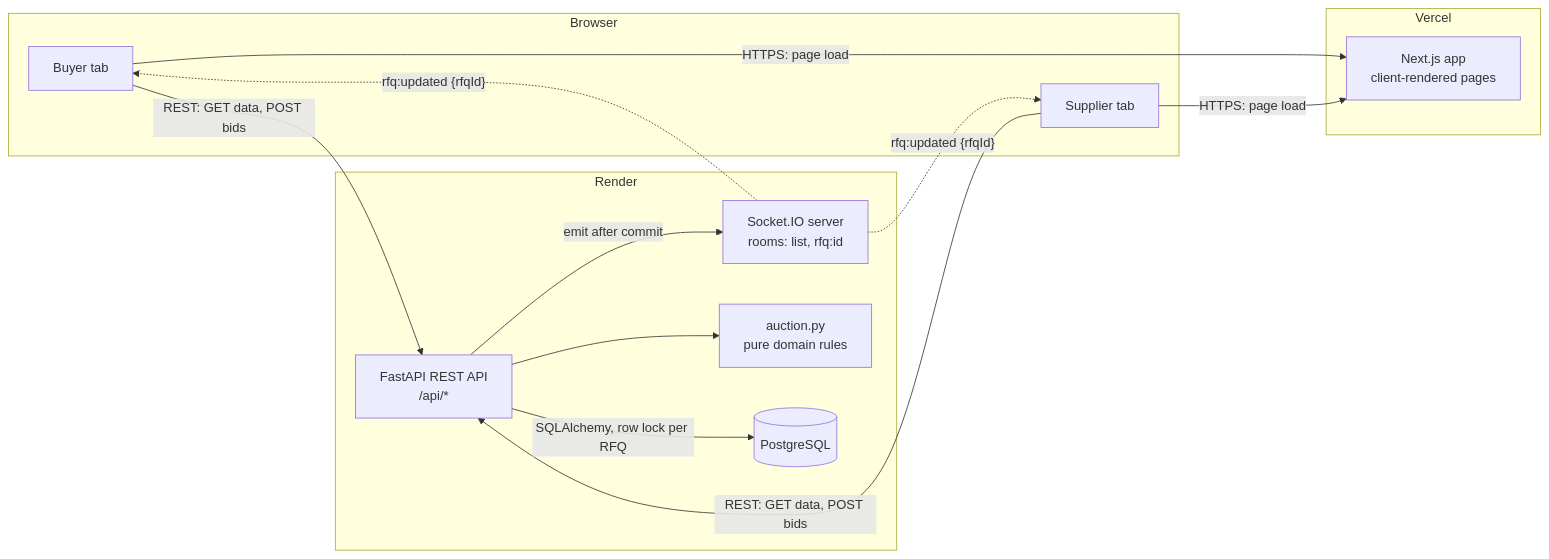
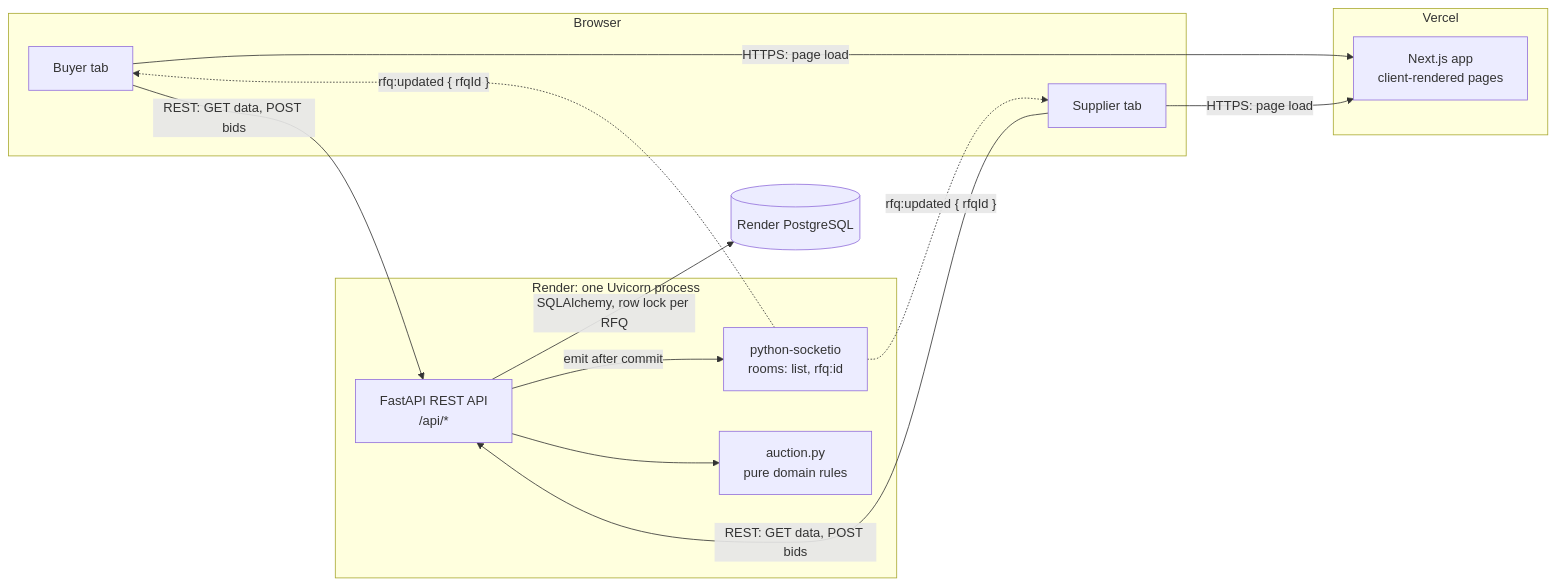
One commit to Ipsita-Mondal-30/british-auction changed the first of 9 diagrams in docs/HLD.md. Above: the diagram before and after it, drawn with Mermaid. The commit also changed other lines of this file and 8 other files, not shown here.

````diff
--- a/docs/HLD.md
+++ b/docs/HLD.md
@@ -9,25 +88,26 @@
 ```mermaid
 flowchart LR
     subgraph Browser
         B[Buyer tab]
         S[Supplier tab]
     end
 
     subgraph Vercel
-        FE[Next.js app<br/>client-rendered pages]
+        FE["Next.js app<br/>client-rendered pages"]
     end
 
-    subgraph Render
-        API[FastAPI REST API<br/>/api/*]
-        WS[Socket.IO server<br/>rooms: list, rfq:id]
-        DOM[auction.py<br/>pure domain rules]
-        DB[(PostgreSQL)]
+    subgraph Render["Render: one Uvicorn process"]
+        API["FastAPI REST API<br/>/api/*"]
+        WS["python-socketio<br/>rooms: list, rfq:id"]
+        DOM["auction.py<br/>pure domain rules"]
     end
 
-    B & S -- HTTPS: page load --> FE
-    B & S -- REST: GET data, POST bids --> API
-    WS -. "rfq:updated {rfqId}" .-> B & S
+    DB[("Render PostgreSQL")]
+
+    B & S -- "HTTPS: page load" --> FE
+    B & S -- "REST: GET data, POST bids" --> API
+    WS -. "rfq:updated { rfqId }" .-> B & S
     API --> DOM
-    API -- SQLAlchemy, row lock per RFQ --> DB
-    API -- emit after commit --> WS
+    API -- "SQLAlchemy, row lock per RFQ" --> DB
+    API -- "emit after commit" --> WS
 ```
````
